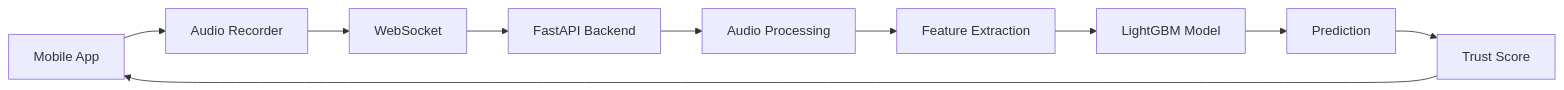
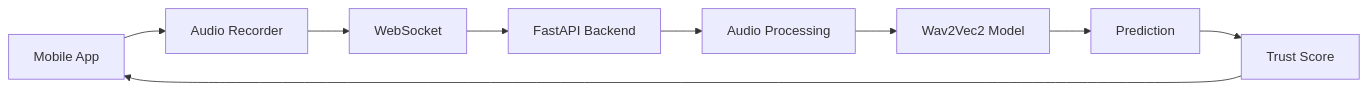
One commit to tanmay-joshi-official/TruVoice changed the first of 3 diagrams in README.md. Above: the diagram before and after it, drawn with Mermaid. The commit also changed other lines of this file, not shown here.

````diff
--- a/README.md
+++ b/README.md
@@ -104,22 +114,20 @@
 ```mermaid
 flowchart LR
 
 A[Mobile App]
 -->B[Audio Recorder]
 
 B-->C[WebSocket]
 
 C-->D[FastAPI Backend]
 
 D-->E[Audio Processing]
 
-E-->F[Feature Extraction]
+E-->F[Wav2Vec2 Model]
 
-F-->G[LightGBM Model]
+F-->G[Prediction]
 
-G-->H[Prediction]
+G-->H[Trust Score]
 
-H-->I[Trust Score]
-
-I-->A
+H-->A
 ```
````
